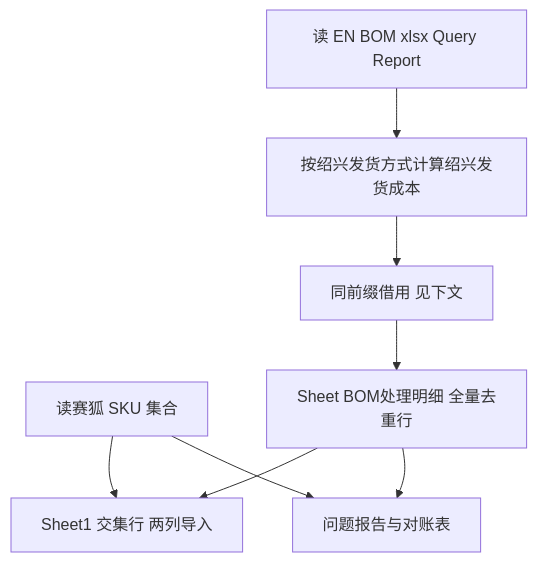
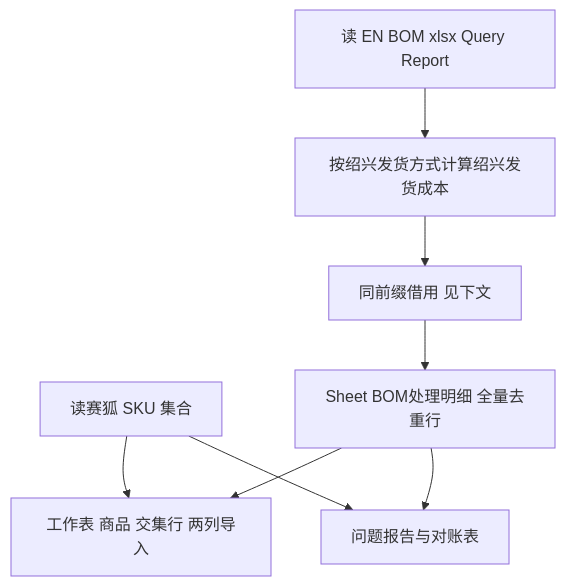
One commit to keyapi/fzh-data changed the diagram in item_cost_sx/README.md. Above: the diagram before and after it, drawn with Mermaid. The commit also changed other lines of this file and 1 other file, not shown here.

````diff
--- a/item_cost_sx/README.md
+++ b/item_cost_sx/README.md
@@ -76,16 +77,16 @@
 ```mermaid
 flowchart TD
   bom[读 EN BOM xlsx Query Report]
   calc[按绍兴发货方式计算绍兴发货成本]
   borrow[同前缀借用 见下文]
   sai[读赛狐 SKU 集合]
-  s1[Sheet1 交集行 两列导入]
+  s1[工作表 商品 交集行 两列导入]
   det[Sheet BOM处理明细 全量去重行]
   iss[问题报告与对账表]
   bom --> calc --> borrow
   borrow --> det
   sai --> s1
   det --> s1
   det --> iss
   sai --> iss
 ```
````
